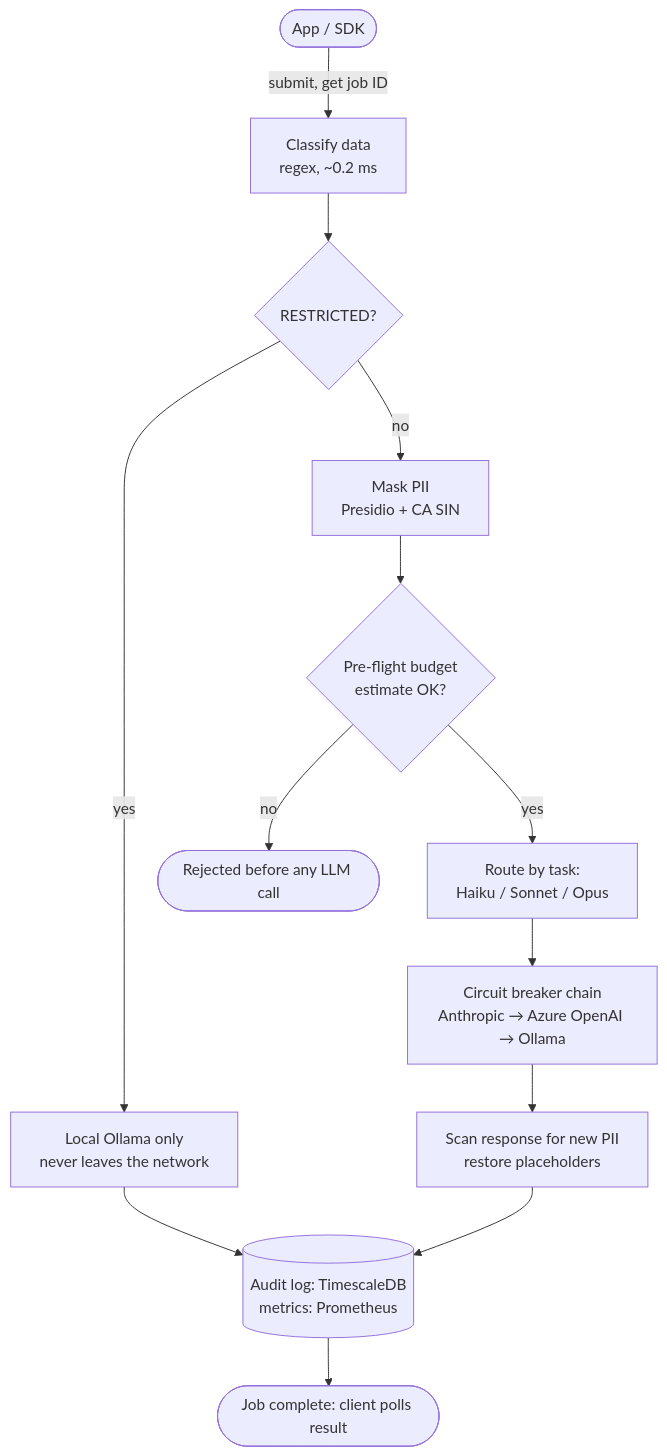
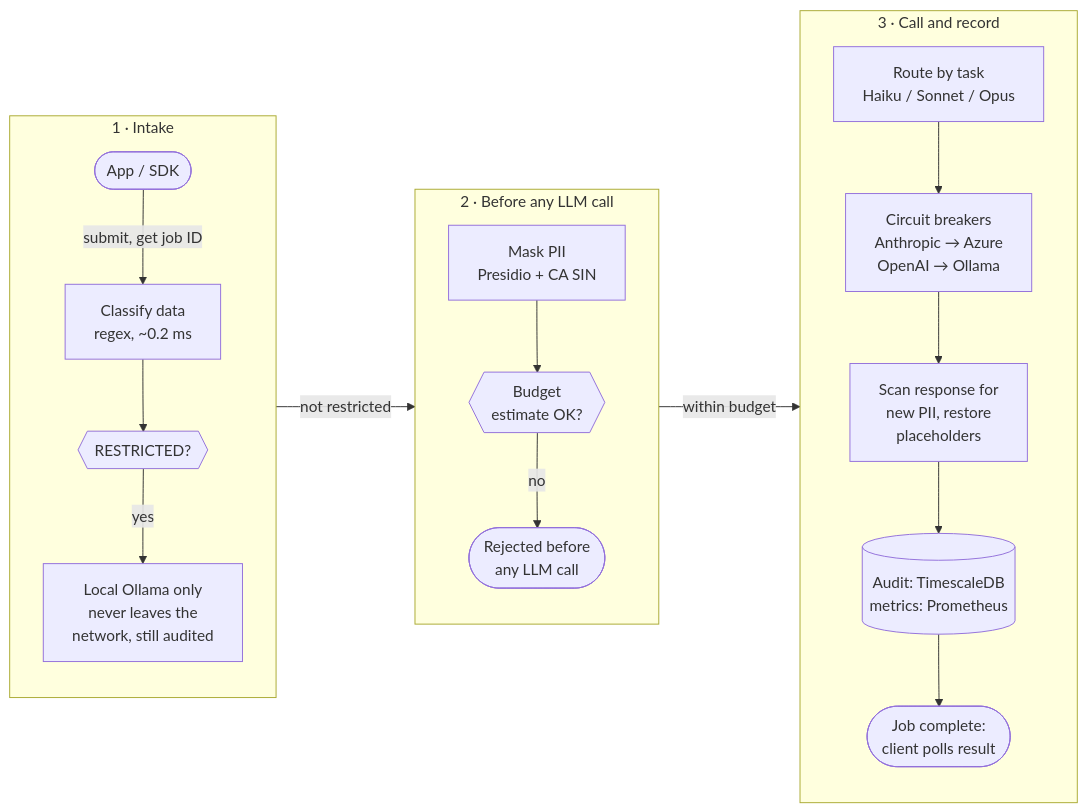
The diagram in _posts/2025-11-25-aegis-ai-gateway.md (e-choness/portfolio-site), drawn with Mermaid before and after one commit. The commit also changed 22 other files, not shown here.

Commit message:
improve diagram display

````diff
--- a/_posts/2025-11-25-aegis-ai-gateway.md
+++ b/_posts/2025-11-25-aegis-ai-gateway.md
@@ -25,15 +25,23 @@
 ```mermaid
-flowchart TD
-  app([App / SDK]) -- "submit, get job ID" --> cls[Classify data<br/>regex, ~0.2 ms]
-  cls --> r{RESTRICTED?}
-  r -- yes --> local[Local Ollama only<br/>never leaves the network]
-  r -- no --> pii[Mask PII<br/>Presidio + CA SIN]
-  pii --> bud{Pre-flight budget<br/>estimate OK?}
-  bud -- no --> rej([Rejected before any LLM call])
-  bud -- yes --> route[Route by task:<br/>Haiku / Sonnet / Opus]
-  route --> cb[Circuit breaker chain<br/>Anthropic → Azure OpenAI → Ollama]
-  cb --> scan[Scan response for new PII<br/>restore placeholders]
-  local --> audit
-  scan --> audit[(Audit log: TimescaleDB<br/>metrics: Prometheus)]
-  audit --> done([Job complete: client polls result])
+flowchart LR
+  subgraph intake["1 · Intake"]
+    direction TB
+    app([App / SDK]) -- "submit, get job ID" --> cls[Classify data<br/>regex, ~0.2 ms]
+    cls --> r@{ shape: hex, label: "RESTRICTED?" }
+    r -- yes --> local[Local Ollama only<br/>never leaves the<br/>network, still audited]
+  end
+  subgraph guard["2 · Before any LLM call"]
+    direction TB
+    pii[Mask PII<br/>Presidio + CA SIN] --> bud@{ shape: hex, label: "Budget<br/>estimate OK?" }
+    bud -- no --> rej([Rejected before<br/>any LLM call])
+  end
+  subgraph record["3 · Call and record"]
+    direction TB
+    route[Route by task<br/>Haiku / Sonnet / Opus] --> cb[Circuit breakers<br/>Anthropic → Azure<br/>OpenAI → Ollama]
+    cb --> scan[Scan response for<br/>new PII, restore<br/>placeholders]
+    scan --> audit[(Audit: TimescaleDB<br/>metrics: Prometheus)]
+    audit --> done([Job complete:<br/>client polls result])
+  end
+  intake -- "not restricted" --> guard
+  guard -- "within budget" --> record
 ```
````
